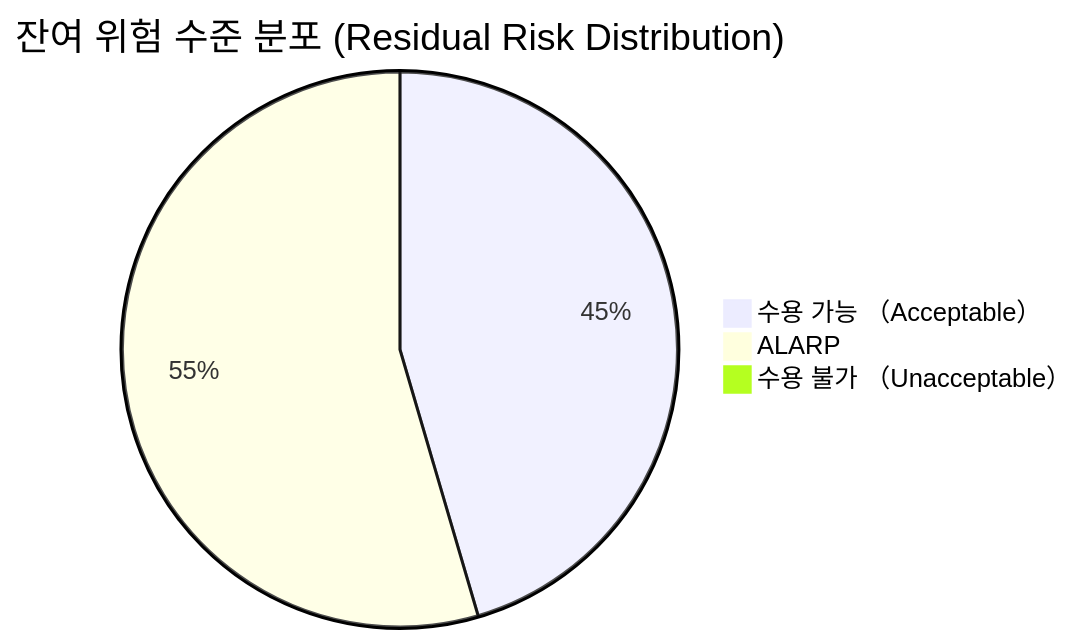
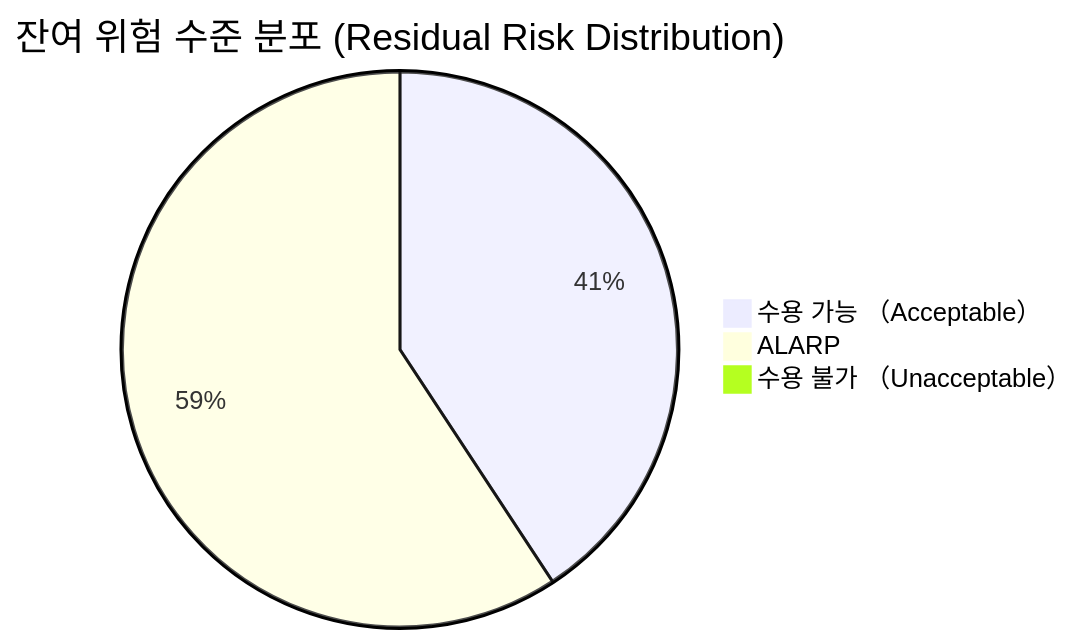
The sixth of 11 diagrams in docs/risk/DOC-008_Risk_Management_Plan_v1.0.md (holee9/console-gui), drawn with Mermaid before and after one commit. The commit also changed other lines of this file and 8 other files, not shown here.

````diff
--- a/docs/risk/DOC-008_Risk_Management_Plan_v1.0.md
+++ b/docs/risk/DOC-008_Risk_Management_Plan_v1.0.md
@@ -536,6 +549,6 @@
 ```mermaid
 pie title 잔여 위험 수준 분포 (Residual Risk Distribution)
-    "수용 가능 （Acceptable）" : 10
-    "ALARP" : 12
+    "수용 가능 （Acceptable）" : 11
+    "ALARP" : 16
     "수용 불가 （Unacceptable）" : 0
 ```
````
